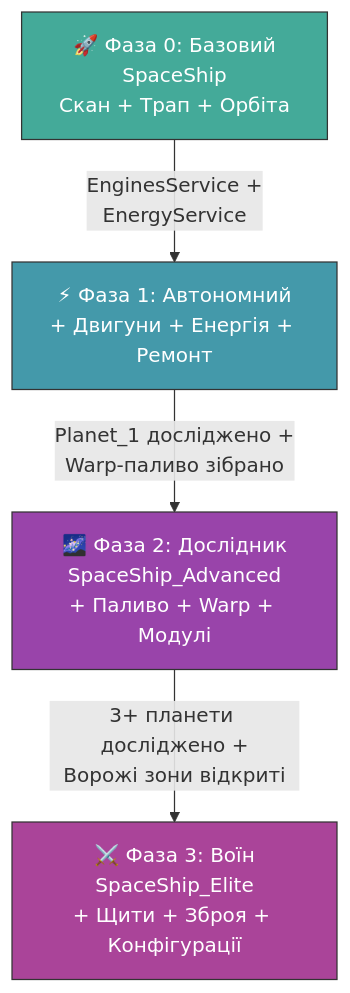
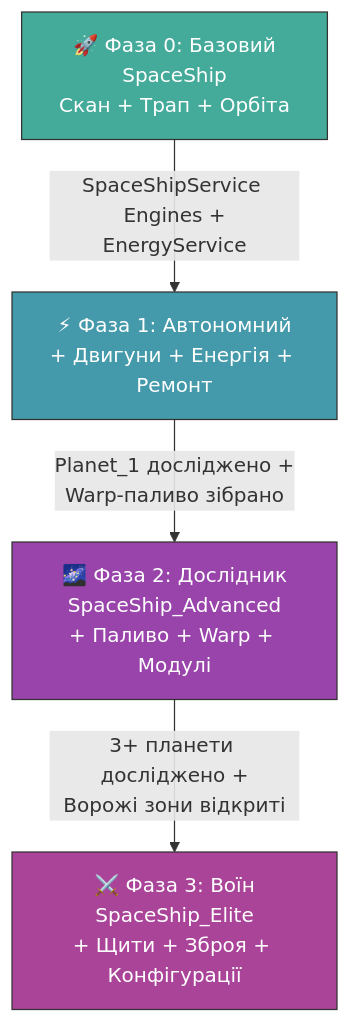
One commit to nick-fedchik/CallOfRelics changed the tenth of 10 diagrams in Docs/GameDesign/SPACESHIP.md. Above: the diagram before and after it, drawn with Mermaid. The commit also changed other lines of this file and 3 other files, not shown here.

First line of the commit message:
refactor: Remove EnginesService stub, merge into SpaceShipService

````diff
--- a/Docs/GameDesign/SPACESHIP.md
+++ b/Docs/GameDesign/SPACESHIP.md
@@ -992,16 +992,16 @@
 ```mermaid
 flowchart TB
     P0["🚀 Фаза 0: Базовий<br/>SpaceShip<br/>Скан + Трап + Орбіта"]
     P1["⚡ Фаза 1: Автономний<br/>+ Двигуни + Енергія + Ремонт"]
     P2["🌌 Фаза 2: Дослідник<br/>SpaceShip_Advanced<br/>+ Паливо + Warp + Модулі"]
     P3["⚔️ Фаза 3: Воїн<br/>SpaceShip_Elite<br/>+ Щити + Зброя + Конфігурації"]
 
-    P0 -->|"EnginesService +<br/>EnergyService"| P1
+    P0 -->|"SpaceShipService Engines +<br/>EnergyService"| P1
     P1 -->|"Planet_1 досліджено +<br/>Warp-паливо зібрано"| P2
     P2 -->|"3+ планети досліджено +<br/>Ворожі зони відкриті"| P3
 
     style P0 fill:#4a9,stroke:#333,color:#fff
     style P1 fill:#49a,stroke:#333,color:#fff
     style P2 fill:#94a,stroke:#333,color:#fff
     style P3 fill:#a49,stroke:#333,color:#fff
 ```
````
